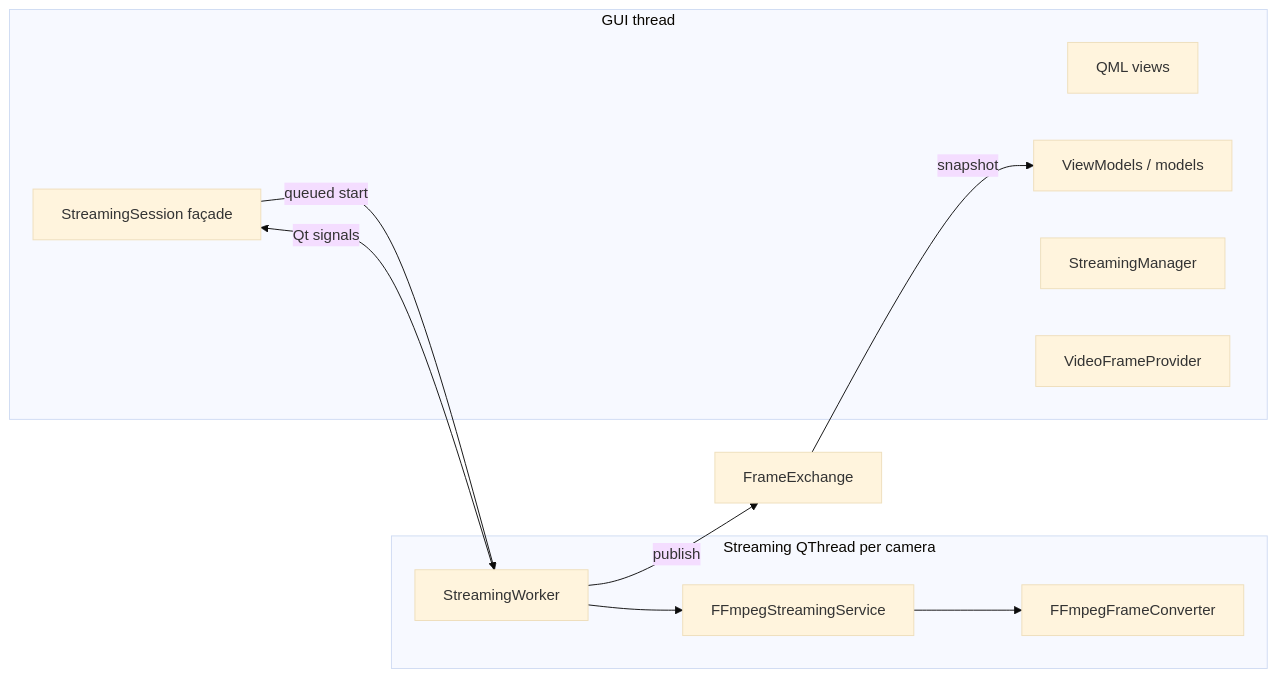
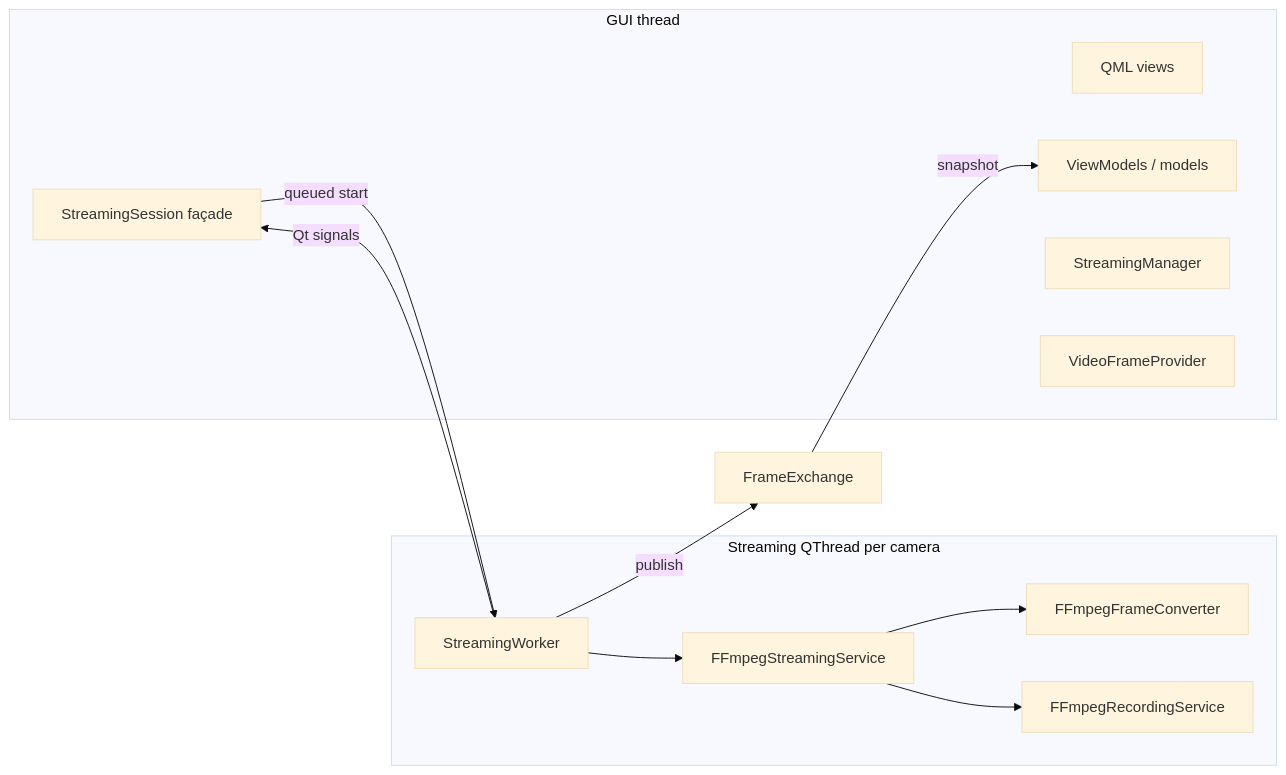
The first of 2 diagrams in docs/threading.md (omar2h/video-analytics-platform), drawn with Mermaid (base theme) before and after one commit. The commit also changed other lines of this file and 6 other files, not shown here.

Commit message:
docs: document v1.8 recording architecture

````diff
--- a/docs/threading.md
+++ b/docs/threading.md
@@ -7,23 +7,25 @@
 ```mermaid
 flowchart LR
     subgraph GUI[GUI thread]
         QML[QML views]
         VM[ViewModels / models]
         SM[StreamingManager]
         SS[StreamingSession façade]
         VP[VideoFrameProvider]
     end
     subgraph Stream[Streaming QThread per camera]
         SW[StreamingWorker]
         FF[FFmpegStreamingService]
         CV[FFmpegFrameConverter]
+        RS[FFmpegRecordingService]
     end
     FE[FrameExchange]
 
     SS -->|queued start| SW
     SW --> FF
     FF --> CV
+    FF --> RS
     SW -->|publish| FE
     FE -->|snapshot| VM
     SW -->|Qt signals| SS
 ```
````
